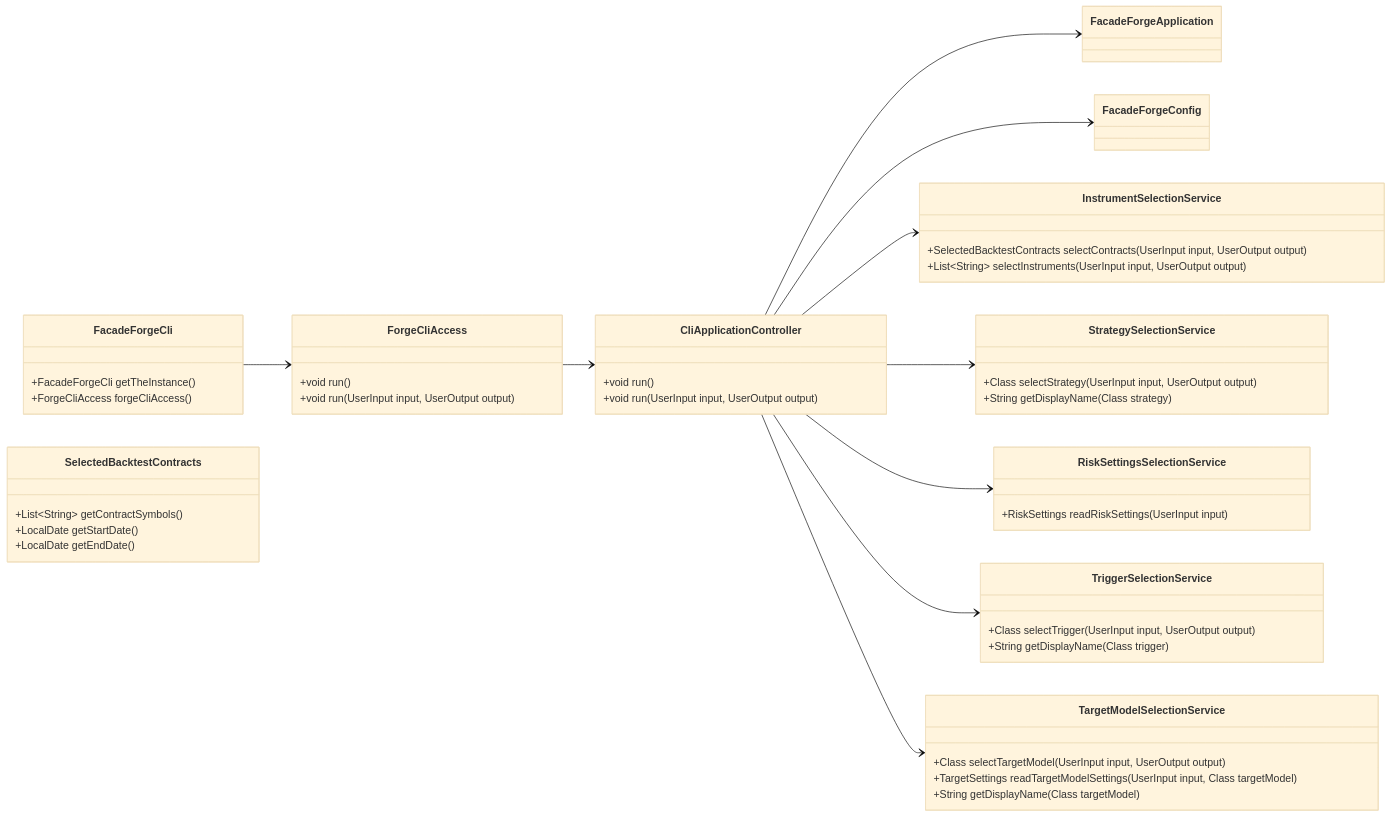
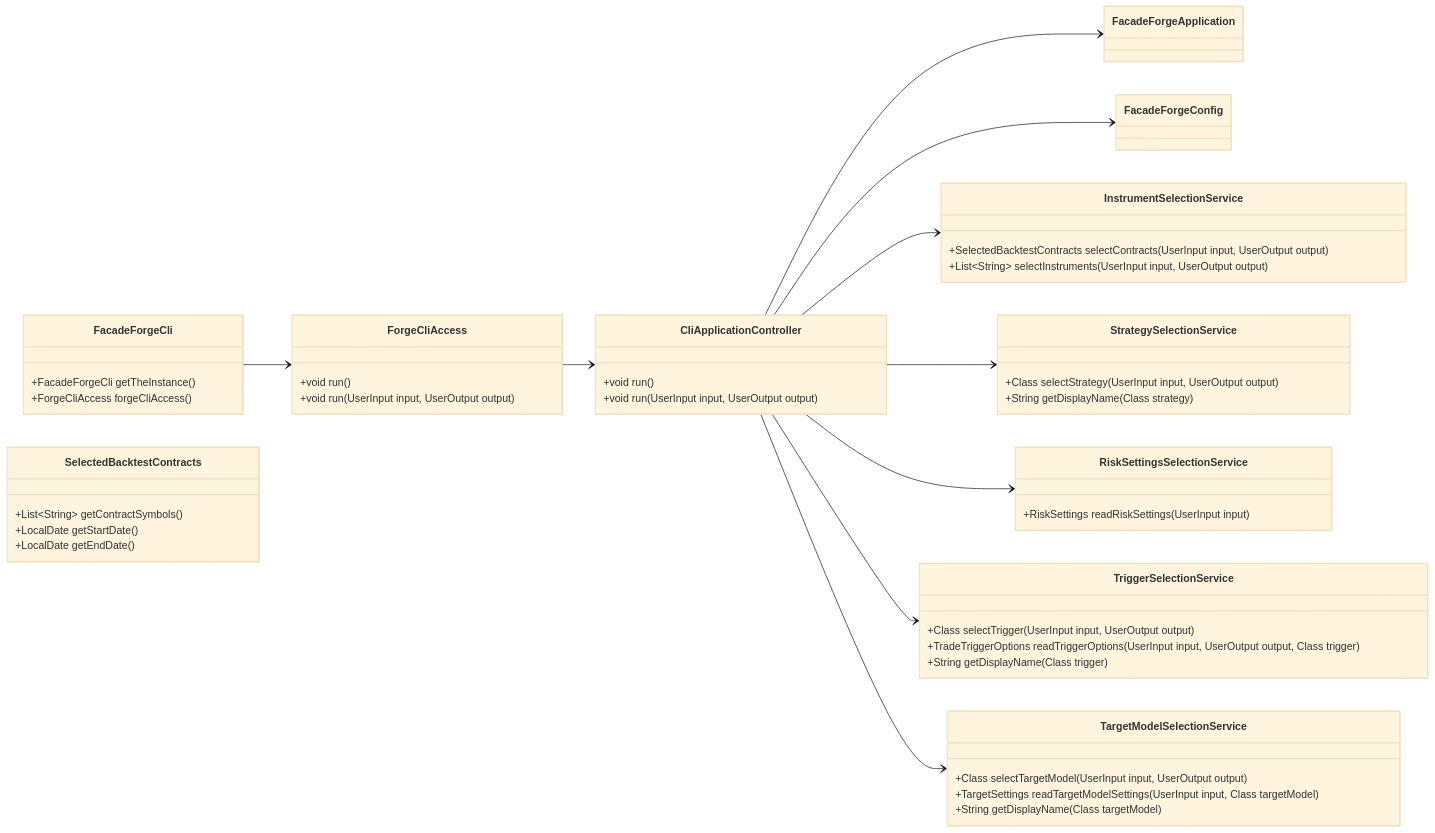
Before and after one commit to probst-paul/FORGE: the fourth of 20 diagrams in class-model.md, drawn with Mermaid (base theme). The commit also changed other lines of this file and 23 other files, not shown here.

````diff
--- a/class-model.md
+++ b/class-model.md
@@ -267,60 +275,61 @@
 ```mermaid
 classDiagram
     direction LR
 
     class FacadeForgeCli {
         +FacadeForgeCli getTheInstance()
         +ForgeCliAccess forgeCliAccess()
     }
 
     class ForgeCliAccess {
         +void run()
         +void run(UserInput input, UserOutput output)
     }
 
     class CliApplicationController {
         +void run()
         +void run(UserInput input, UserOutput output)
     }
 
     class InstrumentSelectionService {
         +SelectedBacktestContracts selectContracts(UserInput input, UserOutput output)
         +List~String~ selectInstruments(UserInput input, UserOutput output)
     }
 
     class SelectedBacktestContracts {
         +List~String~ getContractSymbols()
         +LocalDate getStartDate()
         +LocalDate getEndDate()
     }
 
     class StrategySelectionService {
         +Class selectStrategy(UserInput input, UserOutput output)
         +String getDisplayName(Class strategy)
     }
 
     class RiskSettingsSelectionService {
         +RiskSettings readRiskSettings(UserInput input)
     }
 
     class TriggerSelectionService {
         +Class selectTrigger(UserInput input, UserOutput output)
+        +TradeTriggerOptions readTriggerOptions(UserInput input, UserOutput output, Class trigger)
         +String getDisplayName(Class trigger)
     }
 
     class TargetModelSelectionService {
         +Class selectTargetModel(UserInput input, UserOutput output)
         +TargetSettings readTargetModelSettings(UserInput input, Class targetModel)
         +String getDisplayName(Class targetModel)
     }
 
     FacadeForgeCli --> ForgeCliAccess
     ForgeCliAccess --> CliApplicationController
     CliApplicationController --> FacadeForgeApplication
     CliApplicationController --> FacadeForgeConfig
     CliApplicationController --> InstrumentSelectionService
     CliApplicationController --> StrategySelectionService
     CliApplicationController --> RiskSettingsSelectionService
     CliApplicationController --> TriggerSelectionService
     CliApplicationController --> TargetModelSelectionService
 ```
````
